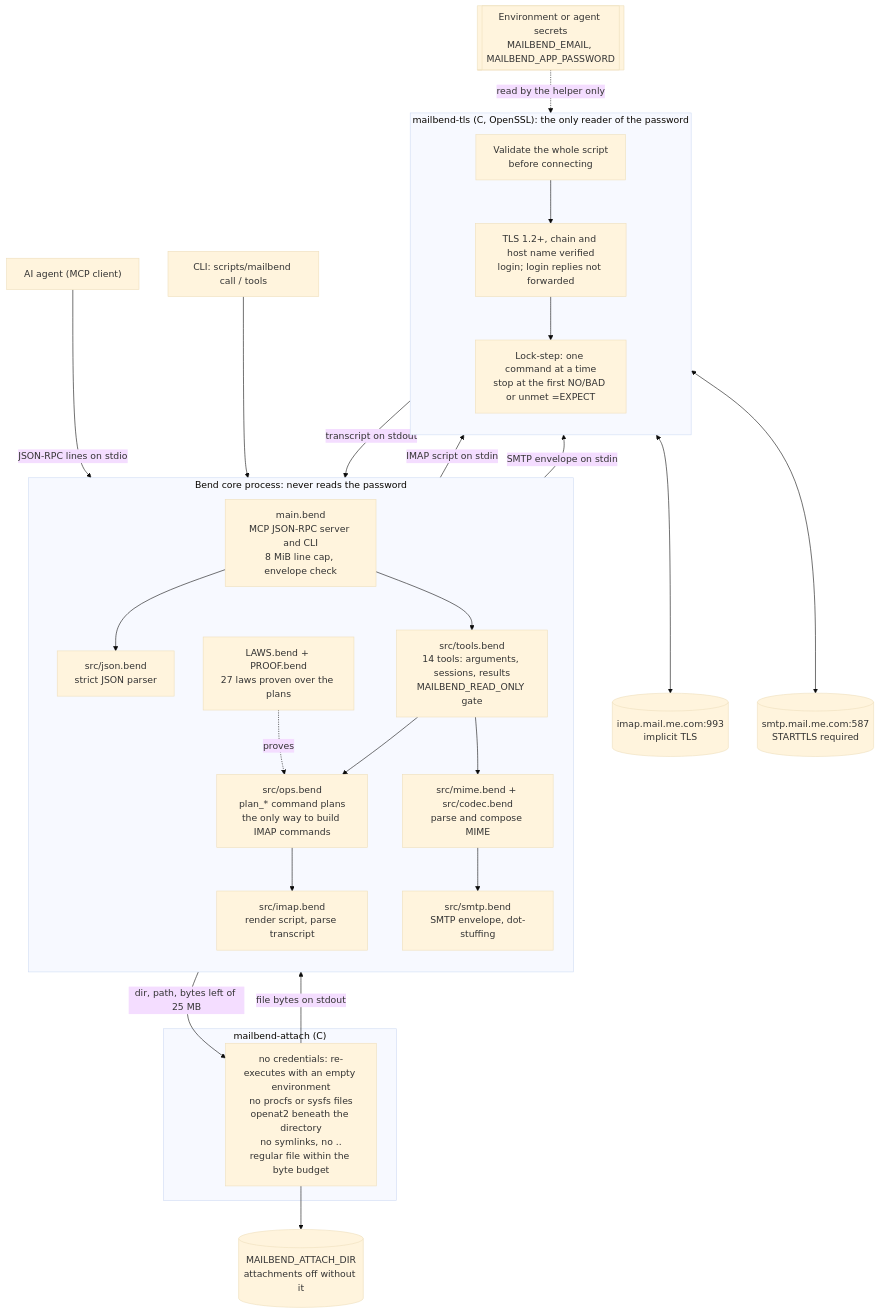
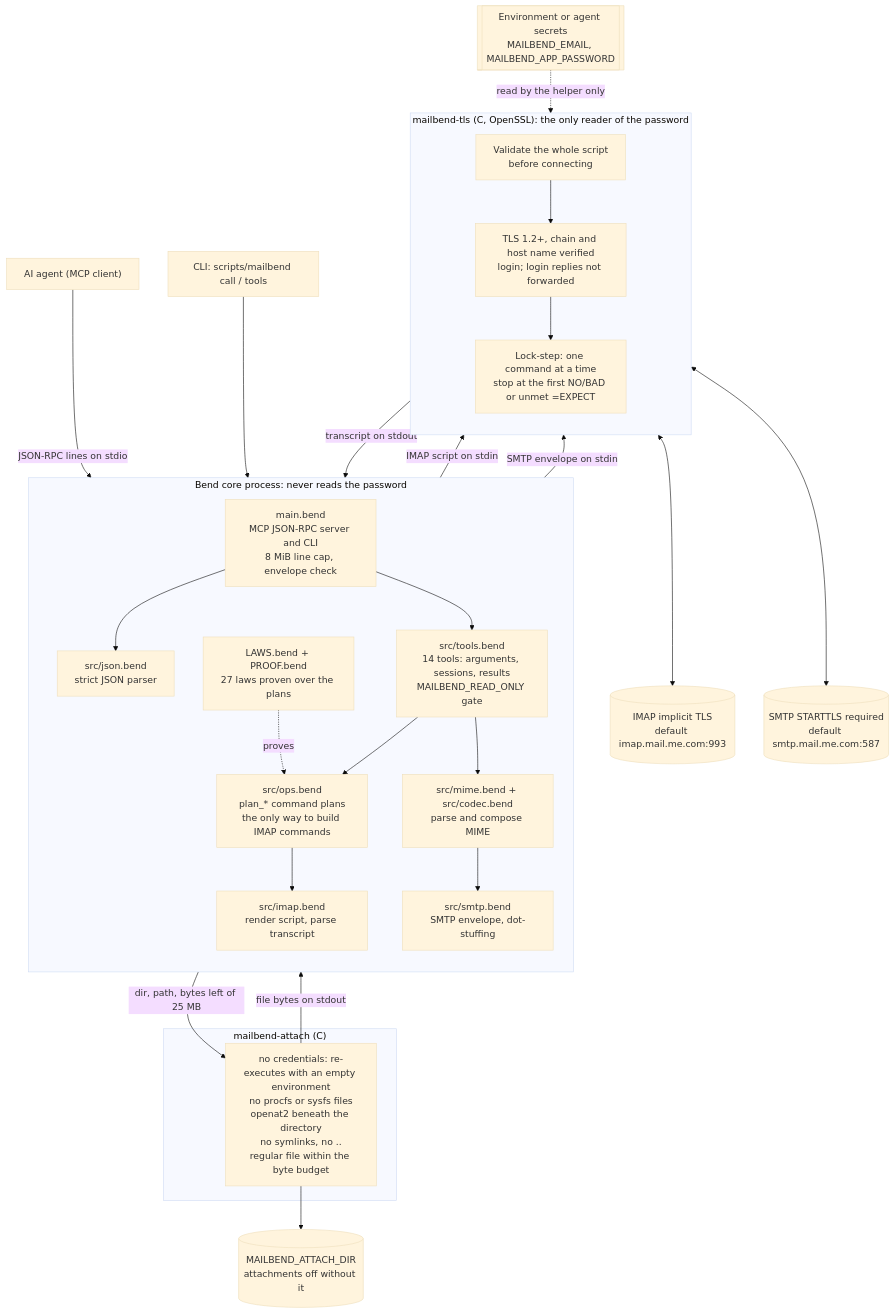
The first of 3 diagrams in docs/ARCHITECTURE.md (albertc71/MailBend), drawn with Mermaid (base theme) before and after one commit. The commit also changed other lines of this file and 28 other files, not shown here.

````diff
--- a/docs/ARCHITECTURE.md
+++ b/docs/ARCHITECTURE.md
@@ -21,54 +27,54 @@
 ```mermaid
 flowchart TB
   agent["AI agent (MCP client)"]
   cli["CLI: scripts/mailbend call / tools"]
   env[["Environment or agent secrets<br/>MAILBEND_EMAIL, MAILBEND_APP_PASSWORD"]]
 
   subgraph core["Bend core process: never reads the password"]
     direction TB
     main["main.bend<br/>MCP JSON-RPC server and CLI<br/>8 MiB line cap, envelope check"]
     json["src/json.bend<br/>strict JSON parser"]
     tools["src/tools.bend<br/>14 tools: arguments, sessions, results<br/>MAILBEND_READ_ONLY gate"]
     ops["src/ops.bend<br/>plan_* command plans<br/>the only way to build IMAP commands"]
     laws["LAWS.bend + PROOF.bend<br/>27 laws proven over the plans"]
     imap["src/imap.bend<br/>render script, parse transcript"]
     mime["src/mime.bend + src/codec.bend<br/>parse and compose MIME"]
     smtp["src/smtp.bend<br/>SMTP envelope, dot-stuffing"]
   end
 
   subgraph helper["mailbend-tls (C, OpenSSL): the only reader of the password"]
     direction TB
     validate["Validate the whole script<br/>before connecting"]
     tls["TLS 1.2+, chain and host name verified<br/>login; login replies not forwarded"]
     lock["Lock-step: one command at a time<br/>stop at the first NO/BAD or unmet =EXPECT"]
   end
 
   subgraph reader["mailbend-attach (C)"]
     attach["no credentials: re-executes with an empty environment<br/>no procfs or sysfs files<br/>openat2 beneath the directory<br/>no symlinks, no ..<br/>regular file within the byte budget"]
   end
 
-  imapsrv[("imap.mail.me.com:993<br/>implicit TLS")]
-  smtpsrv[("smtp.mail.me.com:587<br/>STARTTLS required")]
+  imapsrv[("IMAP implicit TLS<br/>default imap.mail.me.com:993")]
+  smtpsrv[("SMTP STARTTLS required<br/>default smtp.mail.me.com:587")]
   files[("MAILBEND_ATTACH_DIR<br/>attachments off without it")]
 
   agent -- "JSON-RPC lines on stdio" --> main
   cli --> main
   main --> json
   main --> tools
   tools --> ops
   laws -. "proves" .-> ops
   ops --> imap
   tools --> mime
   mime --> smtp
   imap -- "IMAP script on stdin" --> validate
   smtp -- "SMTP envelope on stdin" --> validate
   validate --> tls
   tls --> lock
   lock <--> imapsrv
   lock <--> smtpsrv
   lock -- "transcript on stdout" --> imap
   tools -- "dir, path, bytes left of 25 MB" --> attach
   attach --> files
   attach -- "file bytes on stdout" --> tools
   env -. "read by the helper only" .-> tls
 ```
````
